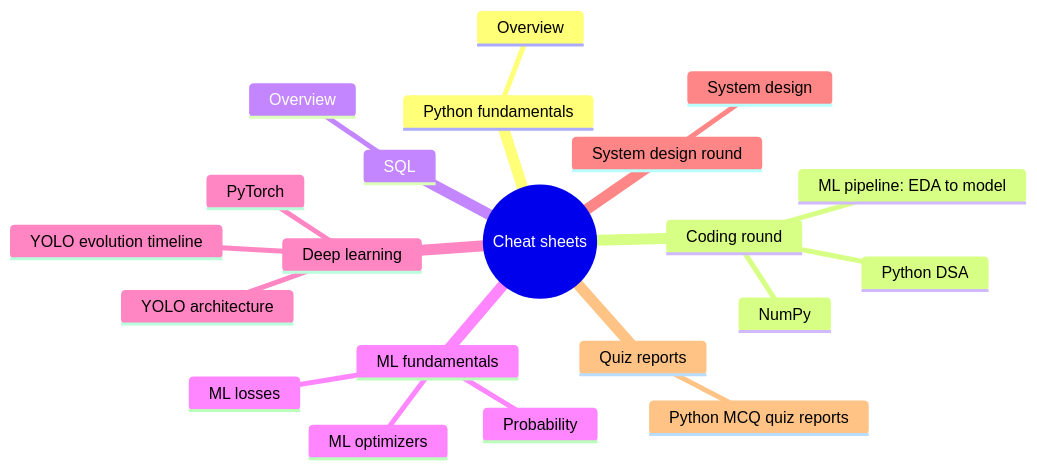
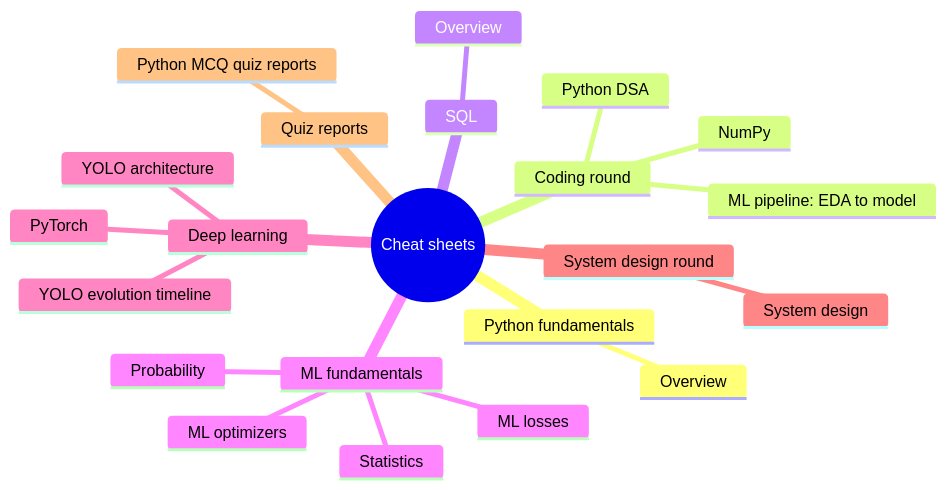
One commit to prateek-mehra/data-science-cheat-sheets changed the diagram in README.md. Above: the diagram before and after it, drawn with Mermaid. The commit also changed other lines of this file and 3 other files, not shown here.

````diff
--- a/README.md
+++ b/README.md
@@ -18,24 +18,25 @@
 ```mermaid
 mindmap
   root((Cheat sheets))
     Python fundamentals
       Overview
     Coding round
       Python DSA
       NumPy
       ML pipeline: EDA to model
     SQL
       Overview
     ML fundamentals
       Probability
+      Statistics
       ML optimizers
       ML losses
     Deep learning
       PyTorch
       YOLO architecture
       YOLO evolution timeline
     System design round
       System design
     Quiz reports
       Python MCQ quiz reports
 ```
````
